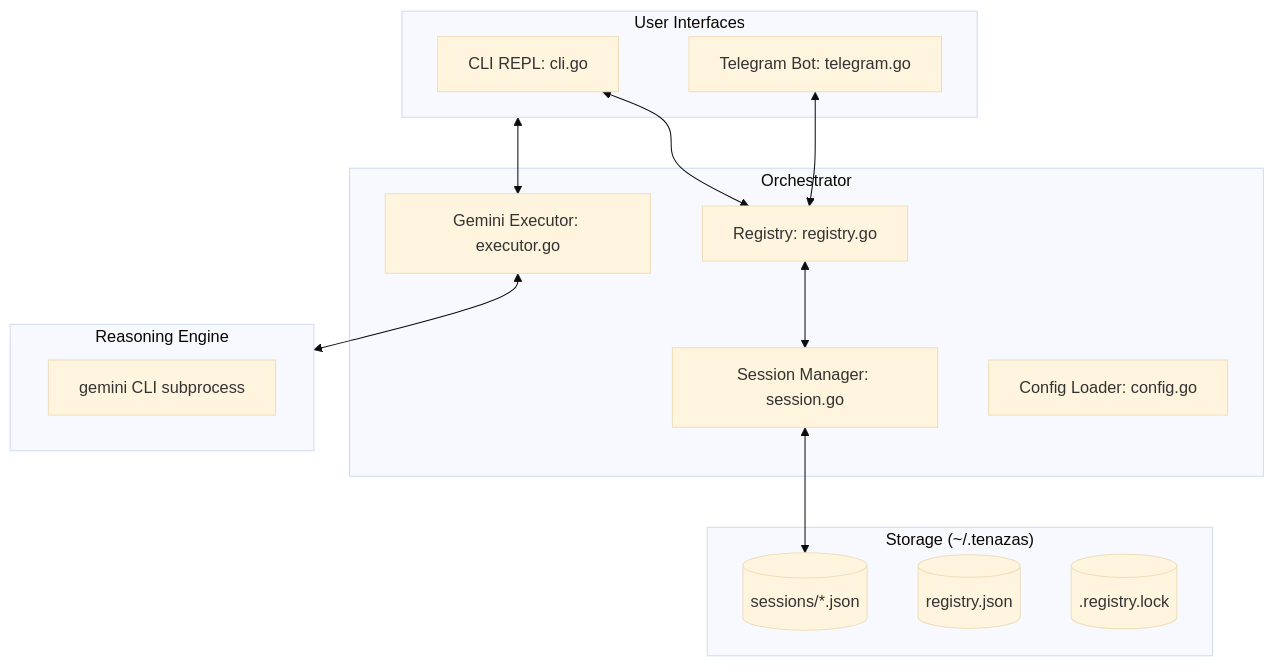
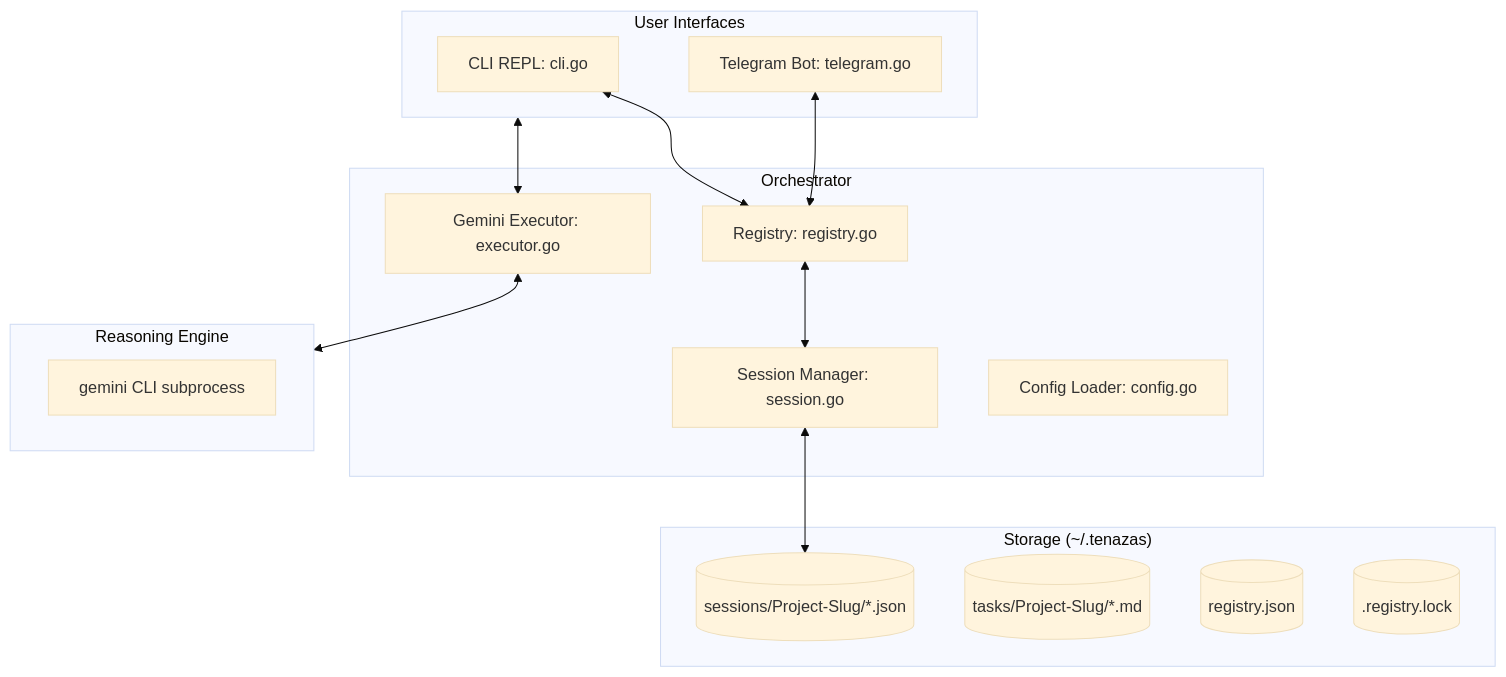
One commit to pabloubal/tenazas changed the diagram in AGENTS.md. Above: the diagram before and after it, drawn with Mermaid (base theme). The commit also changed other lines of this file and 24 other files, not shown here.

````diff
--- a/AGENTS.md
+++ b/AGENTS.md
@@ -13,31 +13,32 @@
 ```mermaid
 graph TD
     subgraph Interfaces ["User Interfaces"]
         CLI[CLI REPL: cli.go]
         TG[Telegram Bot: telegram.go]
     end
 
     subgraph Core ["Orchestrator"]
         Registry[Registry: registry.go]
         SessMgr[Session Manager: session.go]
         Executor[Gemini Executor: executor.go]
         Config[Config Loader: config.go]
     end
 
     subgraph Persistence ["Storage (~/.tenazas)"]
-        SessFiles[(sessions/*.json)]
+        SessFiles[(sessions/Project-Slug/*.json)]
+        TaskFiles[(tasks/Project-Slug/*.md)]
         RegFile[(registry.json)]
         LockFile[(.registry.lock)]
     end
 
     subgraph Backend ["Reasoning Engine"]
         GeminiCLI[gemini CLI subprocess]
     end
 
     CLI <--> Registry
     TG <--> Registry
     Registry <--> SessMgr
     SessMgr <--> SessFiles
     Executor <--> Backend
     Interfaces <--> Executor
 ```
````
